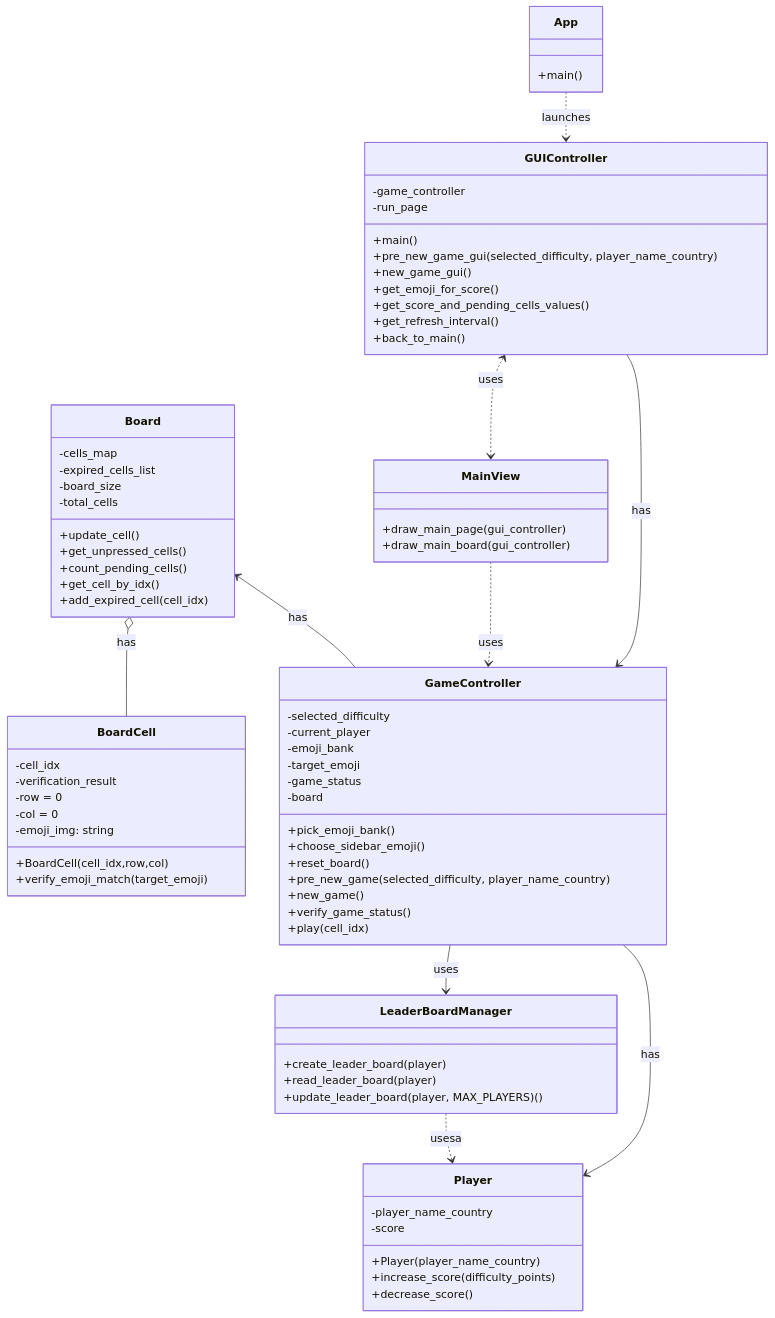
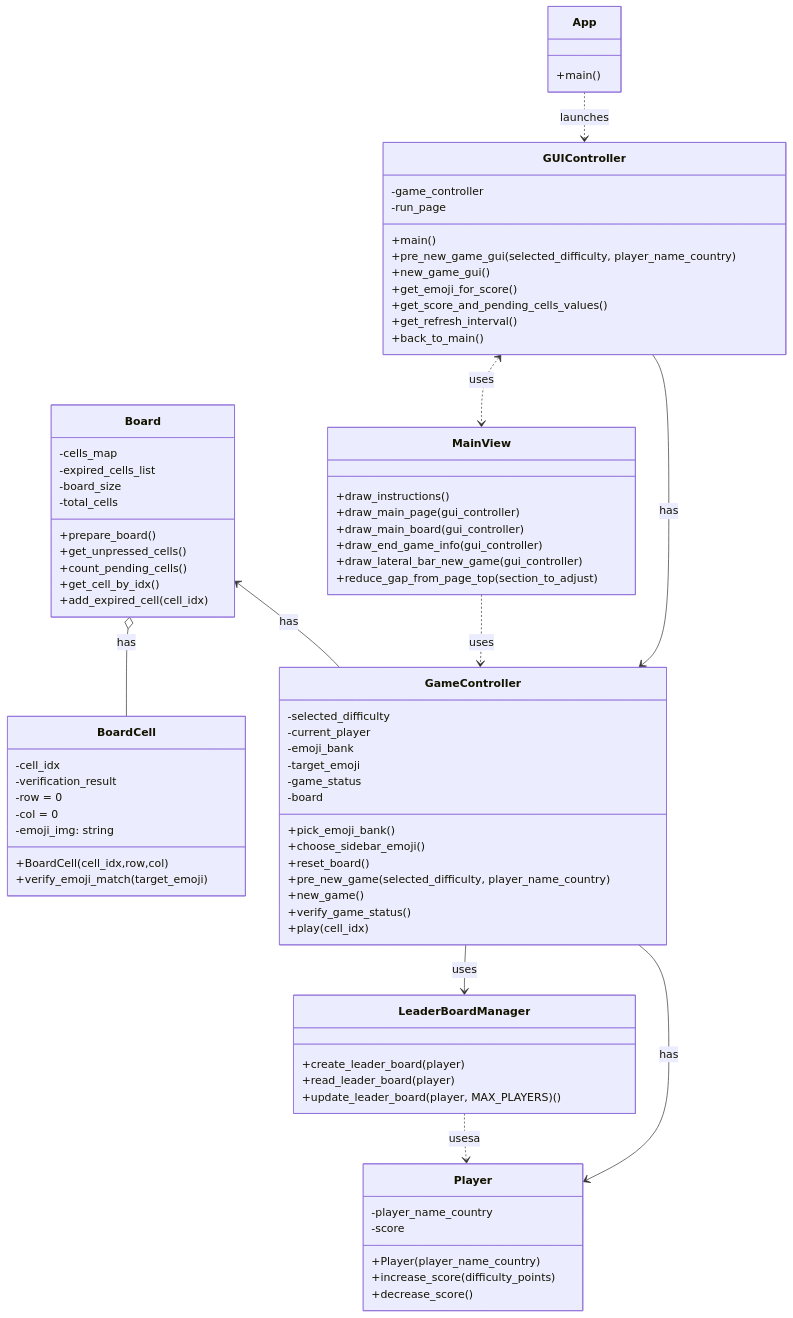
Before and after one commit to 300CIS017-Object-Oriented-Programming/9.-pixmatch_refactor: the diagram in README.md, drawn with Mermaid. The commit also changed other lines of this file and 4 other files, not shown here.

````diff
--- a/README.md
+++ b/README.md
@@ -31,78 +35,82 @@
 ```mermaid
 classDiagram
     class GameController {
         -selected_difficulty
         -current_player
         -emoji_bank
         -target_emoji
         -game_status
         -board
         +pick_emoji_bank()
         +choose_sidebar_emoji()
         +reset_board()
         +pre_new_game(selected_difficulty, player_name_country)
         +new_game()
         +verify_game_status()
         +play(cell_idx)
     }
     class GUIController {
         -game_controller
         -run_page
         +main()
         +pre_new_game_gui(selected_difficulty, player_name_country)
         +new_game_gui()
         +get_emoji_for_score()
         +get_score_and_pending_cells_values()
         +get_refresh_interval()
         +back_to_main()
     }
     class Board {
         -cells_map
         -expired_cells_list
         -board_size
         -total_cells 
-        +update_cell()
+        +prepare_board()
         +get_unpressed_cells()
         +count_pending_cells()
         +get_cell_by_idx()
         +add_expired_cell(cell_idx)
     }
     class BoardCell {
         -cell_idx
         -verification_result
         -row = 0
         -col = 0
         -emoji_img: string
         +BoardCell(cell_idx,row,col)
         +verify_emoji_match(target_emoji)
     }
     class LeaderBoardManager {
         +create_leader_board(player)
         +read_leader_board(player)
         +update_leader_board(player, MAX_PLAYERS)()
     }
     class Player {
         -player_name_country
         -score
         
         +Player(player_name_country)
         +increase_score(difficulty_points)
         +decrease_score()
     }
     class MainView {
+        +draw_instructions()
         +draw_main_page(gui_controller)
         +draw_main_board(gui_controller)
+        +draw_end_game_info(gui_controller)
+        +draw_lateral_bar_new_game(gui_controller)
+        +reduce_gap_from_page_top(section_to_adjust)
     }
     class App {
         +main()
     }
     GUIController --> GameController : has
     Board <-- GameController : has
     Board o-- BoardCell : has
     GameController --> Player : has
     GameController --> LeaderBoardManager : uses
     LeaderBoardManager ..> Player : usesa
     MainView ..> GameController : uses
     GUIController <..> MainView : uses
     App ..> GUIController : launches
 ```
````
